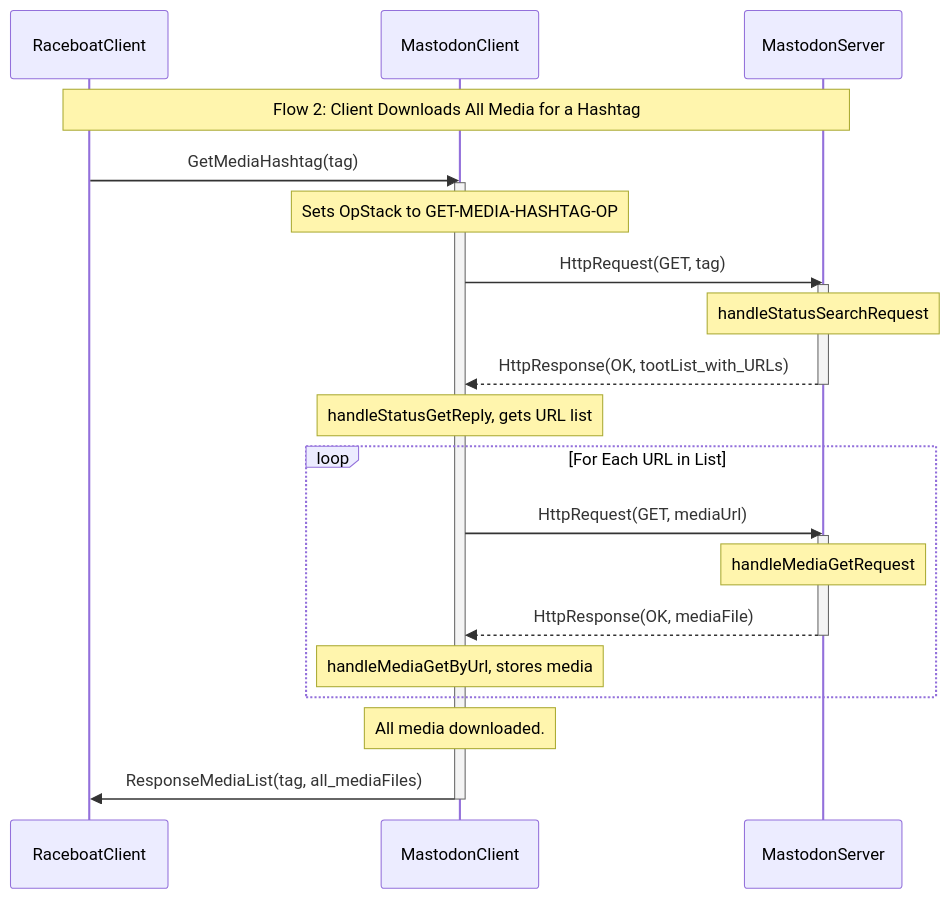
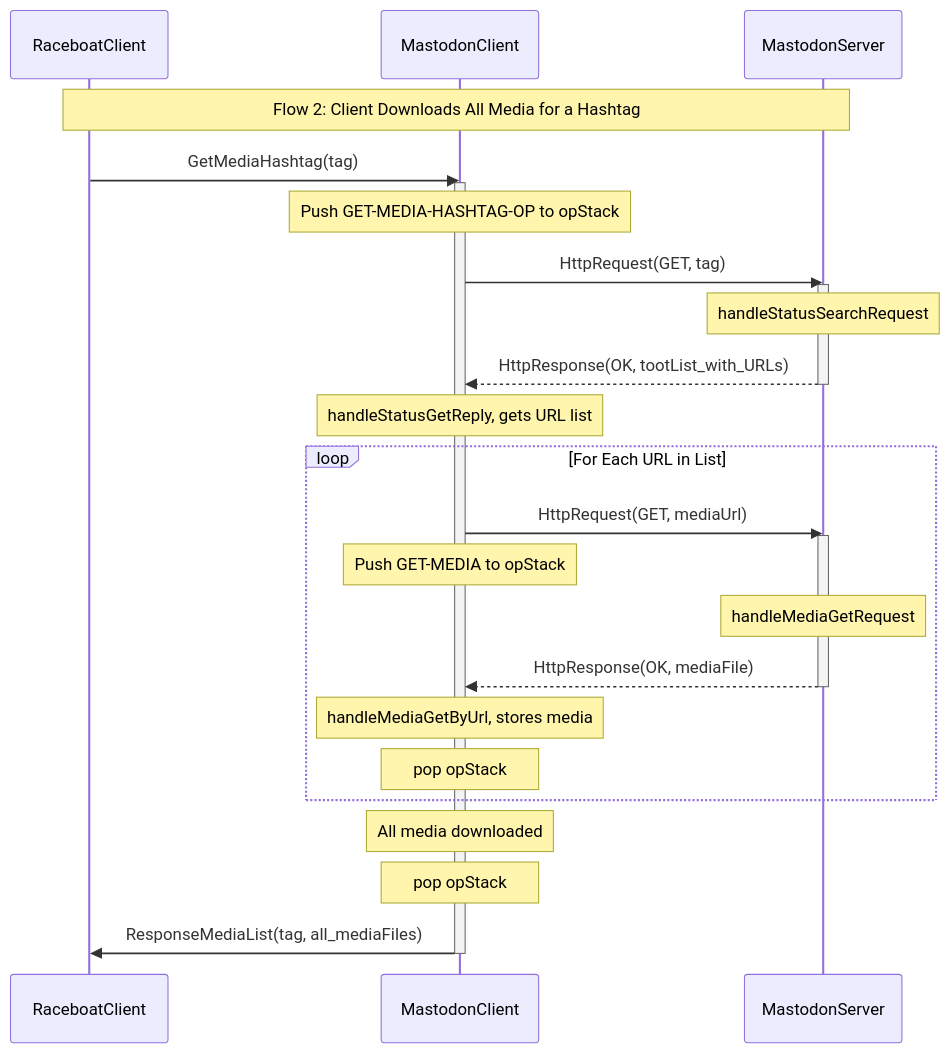
Diagram 19 of 19 in DEVELOPER.md (raytheonbbn/maude-hcs), drawn with Mermaid before and after one commit. The commit also changed other lines of this file, not shown here.

First line of the commit message:
Doc: Update flowcharts for POST and GET

````diff
--- a/DEVELOPER.md
+++ b/DEVELOPER.md
@@ -624,33 +627,36 @@
 ```mermaid
 sequenceDiagram
     participant RaceboatClient
     participant MastodonClient
     participant MastodonServer
 
     Note over RaceboatClient, MastodonServer: Flow 2: Client Downloads All Media for a Hashtag
-    
+
     RaceboatClient ->> MastodonClient: GetMediaHashtag(tag)
     activate MastodonClient
-    
-    Note over MastodonClient: Sets OpStack to GET-MEDIA-HASHTAG-OP
+
+    Note over MastodonClient: Push GET-MEDIA-HASHTAG-OP to opStack
     MastodonClient ->> MastodonServer: HttpRequest(GET, tag)
     activate MastodonServer
     Note over MastodonServer: handleStatusSearchRequest
     MastodonServer -->> MastodonClient: HttpResponse(OK, tootList_with_URLs)
     deactivate MastodonServer
-    
+
     Note over MastodonClient: handleStatusGetReply, gets URL list
-    
+
     loop For Each URL in List
         MastodonClient ->> MastodonServer: HttpRequest(GET, mediaUrl)
         activate MastodonServer
+        Note over MastodonClient: Push GET-MEDIA to opStack
         Note over MastodonServer: handleMediaGetRequest
         MastodonServer -->> MastodonClient: HttpResponse(OK, mediaFile)
         deactivate MastodonServer
         Note over MastodonClient: handleMediaGetByUrl, stores media
+        Note over MastodonClient: pop opStack
     end
-    
-    Note over MastodonClient: All media downloaded.
+
+    Note over MastodonClient: All media downloaded
+    Note over MastodonClient: pop opStack
     MastodonClient ->> RaceboatClient: ResponseMediaList(tag, all_mediaFiles)
     deactivate MastodonClient
 ```
````
